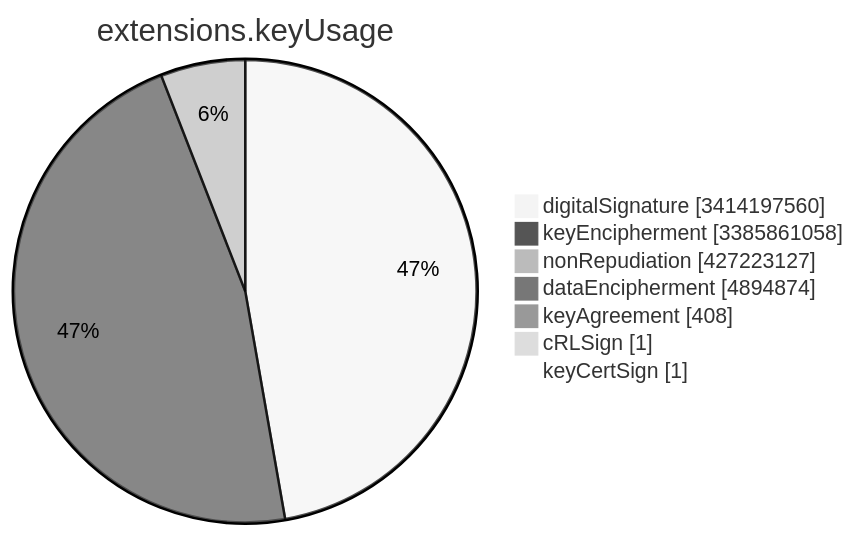
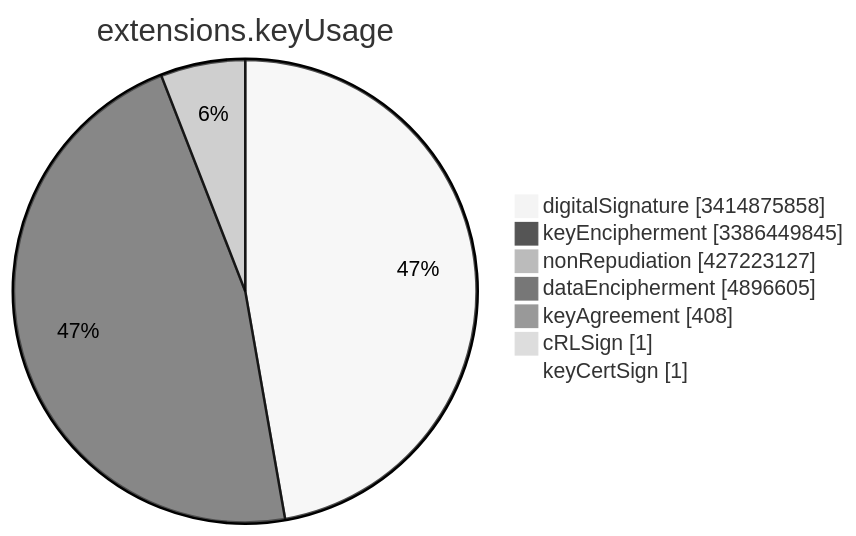
One commit to christiankrug/ctmonitor_visualization changed the sixth of 15 diagrams in TOTAL/README.md. Above: the diagram before and after it, drawn with Mermaid (neutral theme). The commit also changed other lines of this file, not shown here.

````diff
--- a/TOTAL/README.md
+++ b/TOTAL/README.md
@@ -3081,11 +3081,11 @@
 ```mermaid
 pie showData
 title extensions.keyUsage
-"digitalSignature" :3414197560
-"keyEncipherment" :3385861058
+"digitalSignature" :3414875858
+"keyEncipherment" :3386449845
 "nonRepudiation" :427223127
-"dataEncipherment" :4894874
+"dataEncipherment" :4896605
 "keyAgreement" :408
 "cRLSign" :1
 "keyCertSign" :1
 ```
````
